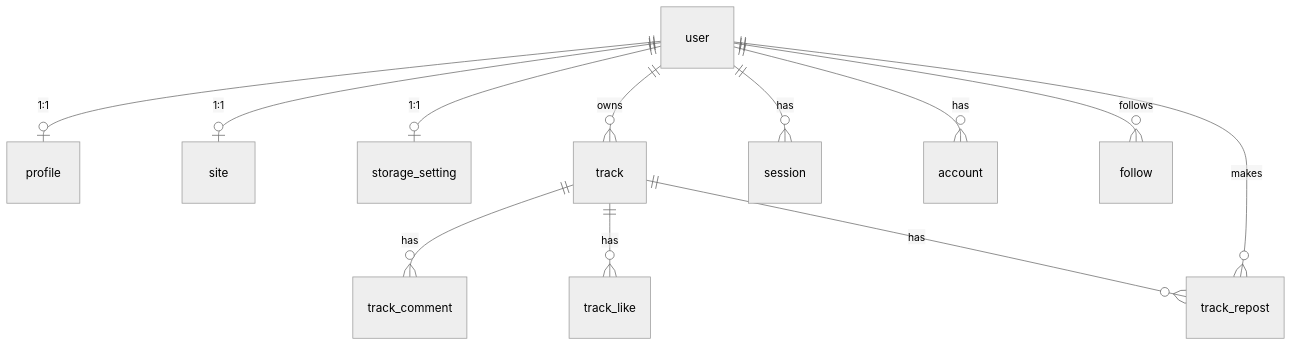
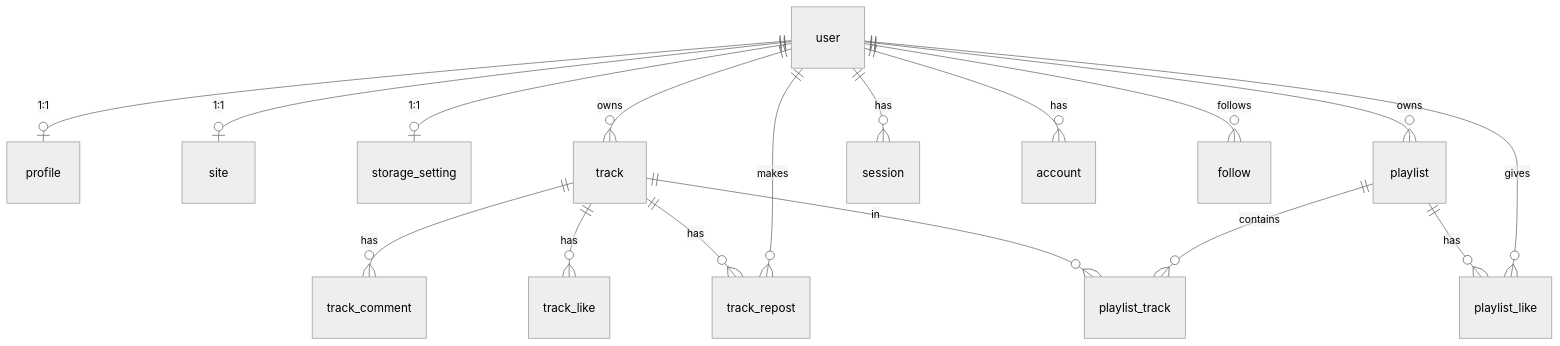
One commit to spreadsheetsusa/sndbnk changed the diagram in docs/data-model.md. Above: the diagram before and after it, drawn with Mermaid (neutral theme). The commit also changed other lines of this file and 38 other files, not shown here.

````diff
--- a/docs/data-model.md
+++ b/docs/data-model.md
@@ -180,14 +198,19 @@
 ```mermaid
 erDiagram
   user ||--o| profile : "1:1"
   user ||--o| site : "1:1"
   user ||--o| storage_setting : "1:1"
   user ||--o{ track : owns
+  user ||--o{ playlist : owns
   user ||--o{ session : has
   user ||--o{ account : has
   track ||--o{ track_comment : has
   track ||--o{ track_like : has
   track ||--o{ track_repost : has
+  track ||--o{ playlist_track : in
+  playlist ||--o{ playlist_track : contains
+  playlist ||--o{ playlist_like : has
   user ||--o{ track_repost : makes
+  user ||--o{ playlist_like : gives
   user ||--o{ follow : follows
 ```
````
